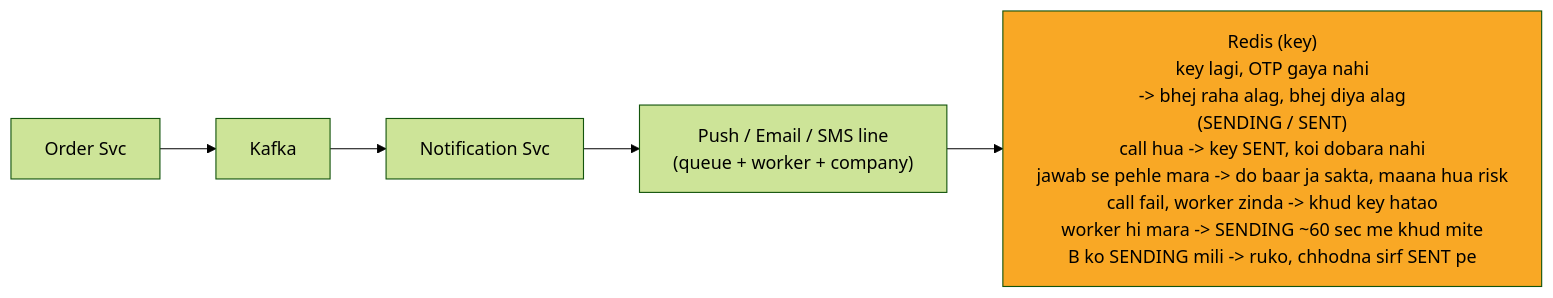
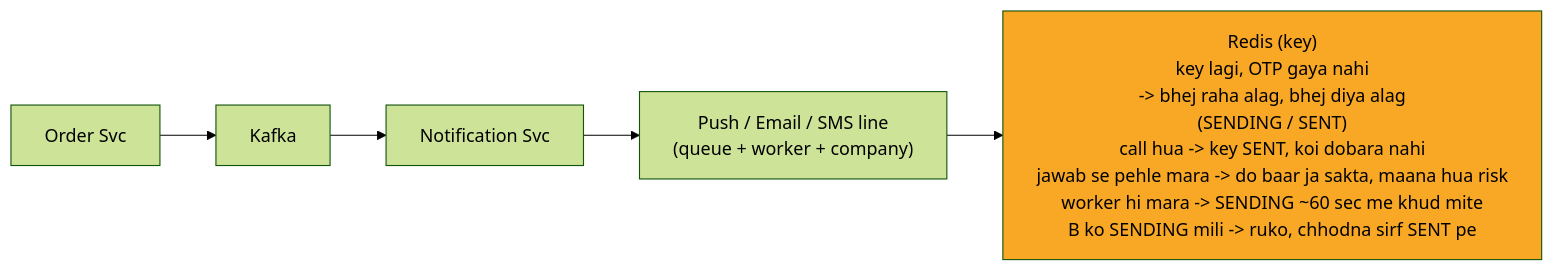
Before and after one commit to ArpanMaheshwari144/Prep: the fifth of 13 diagrams in 04_HLD/SYSTEM_DESIGNS/04_notification_system/04_notification_system.md, drawn with Mermaid (forest theme). The commit also changed other lines of this file and 13 other files, not shown here.

````diff
--- a/04_HLD/SYSTEM_DESIGNS/04_notification_system/04_notification_system.md
+++ b/04_HLD/SYSTEM_DESIGNS/04_notification_system/04_notification_system.md
@@ -208,14 +208,14 @@
 ```mermaid
 %%{init: {"flowchart": {"wrappingWidth": 450}}}%%
 flowchart LR
     n_Order_Svc["Order Svc"]
     n_Kafka["Kafka"]
     n_Notification_Svc["Notification Svc"]
     n_LINES["Push / Email / SMS line<br/>(queue + worker + company)"]
-    n_Redis["Redis (key)<br/>key lagi, OTP gaya nahi<br/>-> bhej raha alag, bhej diya alag<br/>(SENDING / SENT)<br/>call hua -> key SENT, koi dobara nahi<br/>jawab se pehle mara -> do baar ja sakta, maana hua risk<br/>call fail, worker zinda -> khud key hatao<br/>worker hi mara -> SENDING ~60 sec me khud mite<br/>B ko SENDING mili -> ruko, chhodna sirf SENT pe"]
+    n_Redis["Redis (key)<br/>key lagi, OTP gaya nahi<br/>-> bhej raha alag, bhej diya alag<br/>(SENDING / SENT)<br/>call hua -> key SENT, koi dobara nahi<br/>jawab se pehle mara -> do baar ja sakta, maana hua risk<br/>worker hi mara -> SENDING ~60 sec me khud mite<br/>B ko SENDING mili -> ruko, chhodna sirf SENT pe"]
     n_Order_Svc --> n_Kafka
     n_Kafka --> n_Notification_Svc
     n_Notification_Svc --> n_LINES
     n_LINES --> n_Redis
     style n_Redis fill:#f9a825,color:#000
 ```
````
